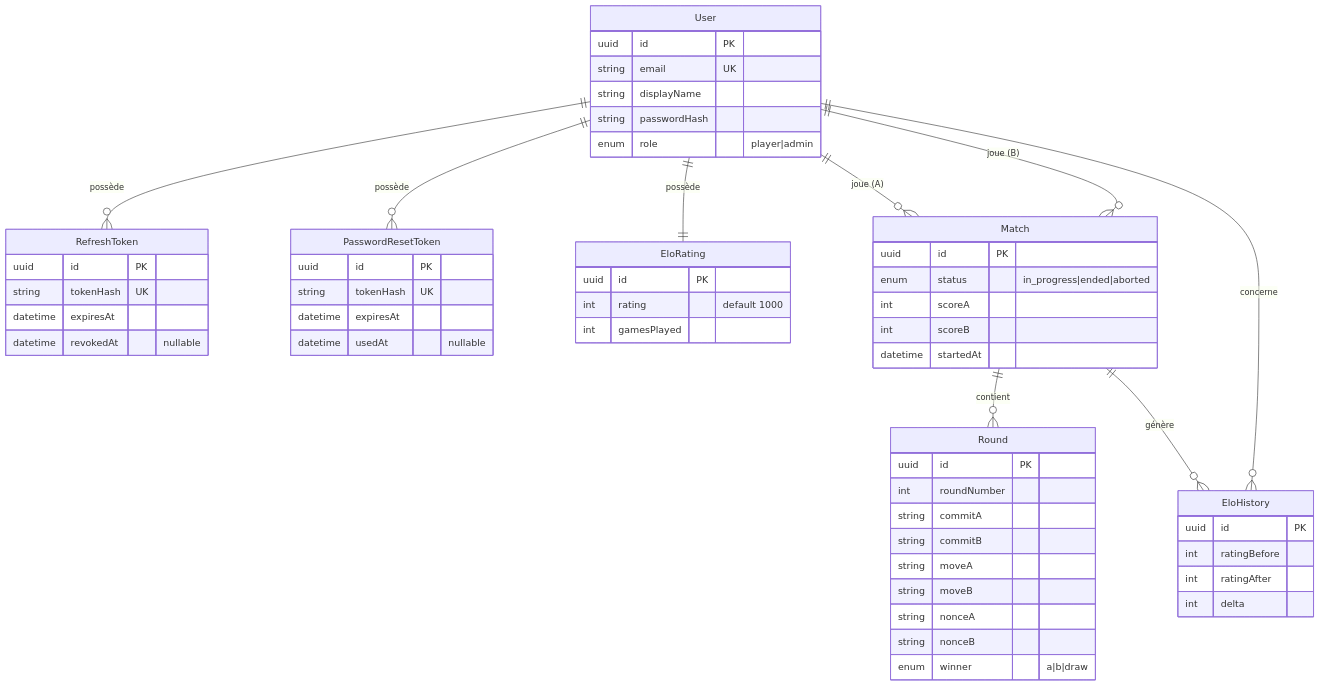
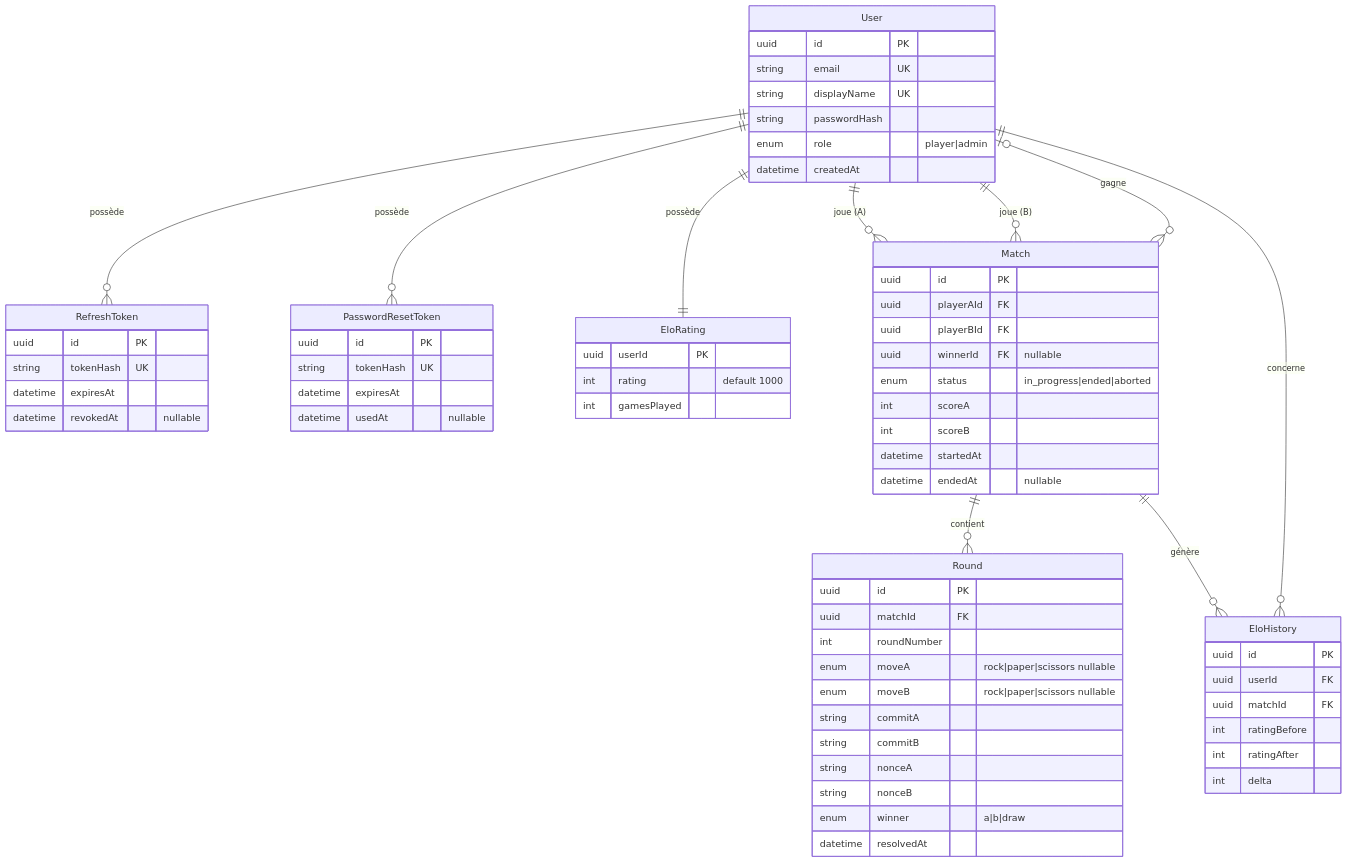
One commit to Team-3-Ynov/Chifoumi changed the third of 7 diagrams in docs/slides.md. Above: the diagram before and after it, drawn with Mermaid. The commit also changed other lines of this file, not shown here.

First line of the commit message:
docs(docs): update slides to reflect 6-service architecture

````diff
--- a/docs/slides.md
+++ b/docs/slides.md
@@ -213,59 +229,69 @@
-```mermaid {scale: 0.34}
+```mermaid {scale: 0.38}
 erDiagram
   User {
     uuid id PK
     string email UK
-    string displayName
+    string displayName UK
     string passwordHash
     enum role "player|admin"
+    datetime createdAt
   }
   RefreshToken {
     uuid id PK
     string tokenHash UK
     datetime expiresAt
     datetime revokedAt "nullable"
   }
   PasswordResetToken {
     uuid id PK
     string tokenHash UK
     datetime expiresAt
     datetime usedAt "nullable"
   }
   EloRating {
-    uuid id PK
+    uuid userId PK
     int rating "default 1000"
     int gamesPlayed
   }
   Match {
     uuid id PK
+    uuid playerAId FK
+    uuid playerBId FK
+    uuid winnerId FK "nullable"
     enum status "in_progress|ended|aborted"
     int scoreA
     int scoreB
     datetime startedAt
+    datetime endedAt "nullable"
   }
   Round {
     uuid id PK
+    uuid matchId FK
     int roundNumber
+    enum moveA "rock|paper|scissors nullable"
+    enum moveB "rock|paper|scissors nullable"
     string commitA
     string commitB
-    string moveA
-    string moveB
     string nonceA
     string nonceB
     enum winner "a|b|draw"
+    datetime resolvedAt
   }
   EloHistory {
     uuid id PK
+    uuid userId FK
+    uuid matchId FK
     int ratingBefore
     int ratingAfter
     int delta
   }
   User ||--o{ RefreshToken : "possède"
   User ||--o{ PasswordResetToken : "possède"
   User ||--|| EloRating : "possède"
   User ||--o{ Match : "joue (A)"
   User ||--o{ Match : "joue (B)"
+  User |o--o{ Match : "gagne"
   Match ||--o{ Round : "contient"
   Match ||--o{ EloHistory : "génère"
   User ||--o{ EloHistory : "concerne"
 ```
````
